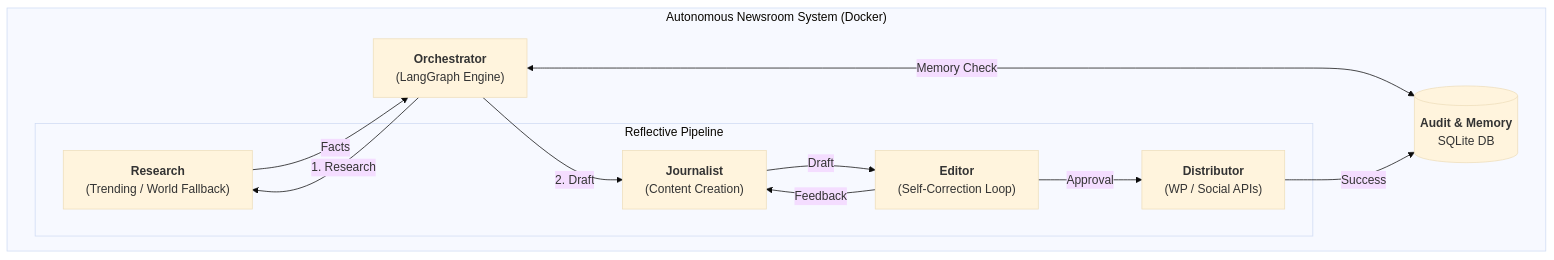
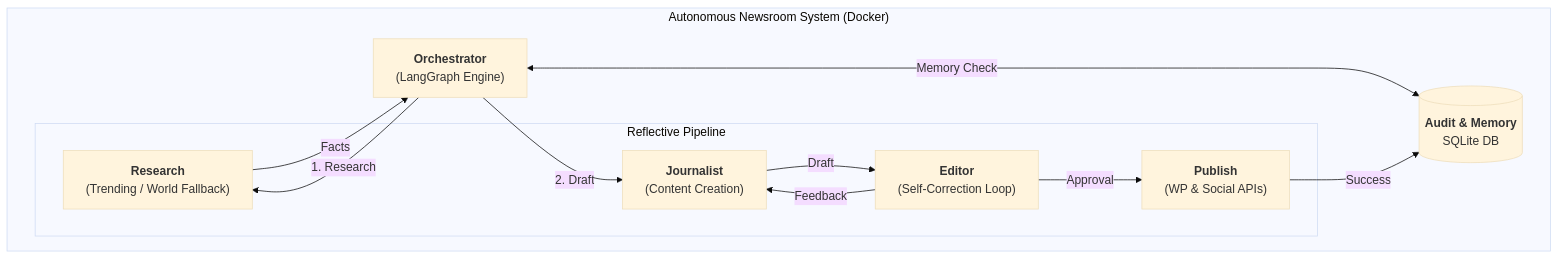
Before and after one commit to hahuint/Content-Automation-Agent: the second of 2 diagrams in docs/architecture.md, drawn with Mermaid (base theme). The commit also changed other lines of this file and 2 other files, not shown here.

Commit message:
state machine: publish state consistent this time

````diff
--- a/docs/architecture.md
+++ b/docs/architecture.md
@@ -36,24 +36,24 @@
 ```mermaid
 graph TD
     subgraph "Autonomous Newsroom System (Docker)"
         ORCH["<b>Orchestrator</b><br/>(LangGraph Engine)"]
         DB[("<b>Audit & Memory</b><br/>SQLite DB")]
         
         subgraph "Reflective Pipeline"
             RESEARCH["<b>Research</b><br/>(Trending / World Fallback)"]
             WRITER["<b>Journalist</b><br/>(Content Creation)"]
             EDITOR["<b>Editor</b><br/>(Self-Correction Loop)"]
-            DIST["<b>Distributor</b><br/>(WP / Social APIs)"]
+            PUBLISH["<b>Publish</b><br/>(WP & Social APIs)"]
         end
     end
 
     %% Flow
     ORCH <-->|Memory Check| DB
     ORCH -->|1. Research| RESEARCH
     RESEARCH -->|Facts| ORCH
     ORCH -->|2. Draft| WRITER
     WRITER -->|Draft| EDITOR
     EDITOR -->|Feedback| WRITER
-    EDITOR -->|Approval| DIST
-    DIST -->|Success| DB
+    EDITOR -->|Approval| PUBLISH
+    PUBLISH -->|Success| DB
 ```
````
